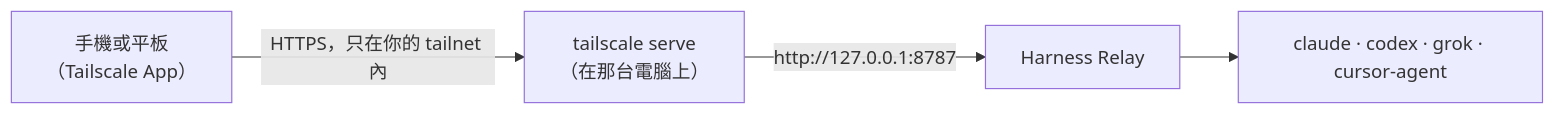
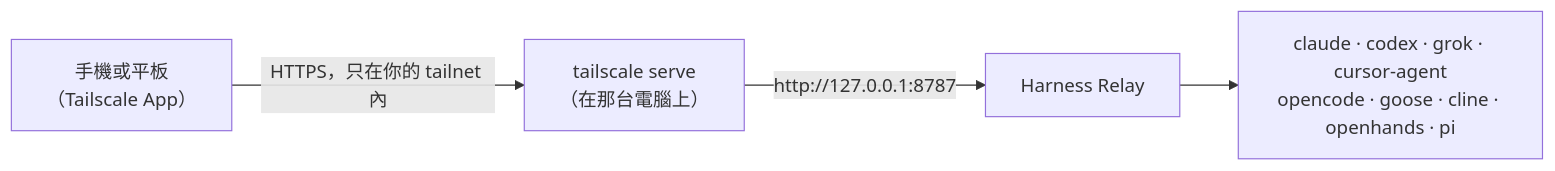
One commit to Agentic-System-Lab/harness-relay changed the diagram in docs/remote-access.zh-TW.md. Above: the diagram before and after it, drawn with Mermaid. The commit also changed other lines of this file and 47 other files, not shown here.

````diff
--- a/docs/remote-access.zh-TW.md
+++ b/docs/remote-access.zh-TW.md
@@ -7,6 +7,6 @@
 ```mermaid
 flowchart LR
   P["手機或平板<br/>（Tailscale App）"] -- "HTTPS，只在你的 tailnet 內" --> S["tailscale serve<br/>（在那台電腦上）"]
   S -- "http://127.0.0.1:8787" --> R["Harness Relay"]
-  R --> A["claude · codex · grok · cursor-agent"]
+  R --> A["claude · codex · grok · cursor-agent<br/>opencode · goose · cline · openhands · pi"]
 ```
````
